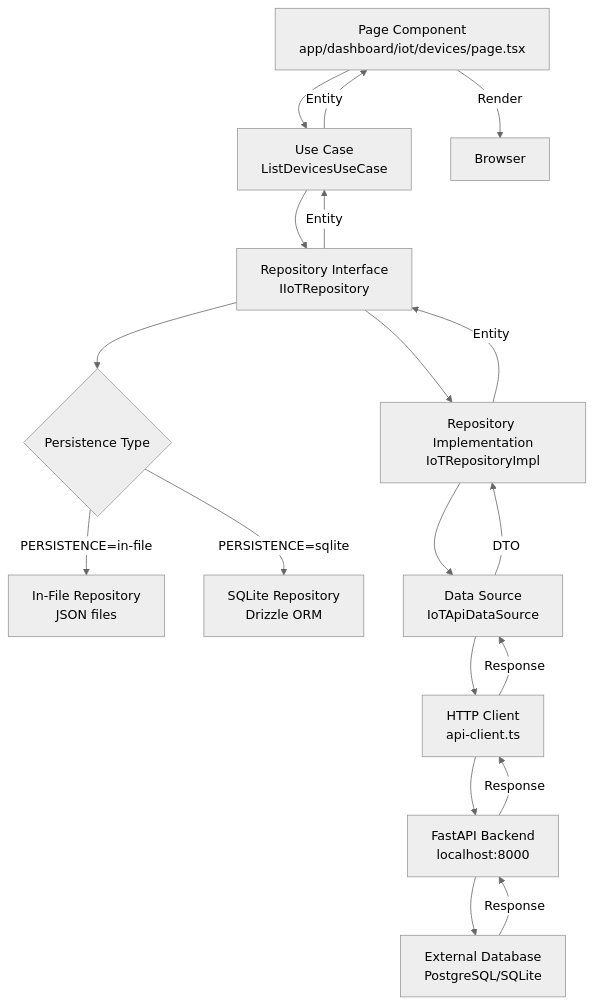
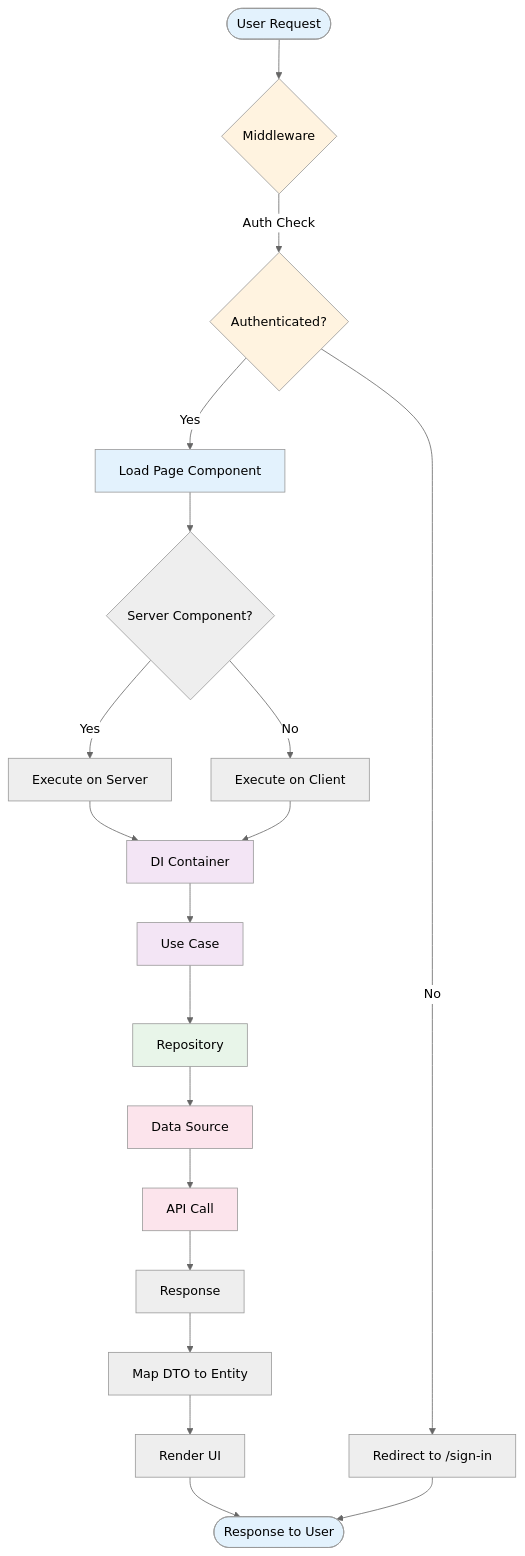
The fourth of 4 diagrams in docs/architecture-react-nextjs-ddd.md (kongnakornna/react-nextjs-ddd), drawn with Mermaid (neutral theme) before and after one commit. The commit also changed other lines of this file and 2 other files, not shown here.

````diff
--- a/docs/architecture-react-nextjs-ddd.md
+++ b/docs/architecture-react-nextjs-ddd.md
@@ -468,21 +325,32 @@
 ```mermaid
 flowchart TD
-    A[Page Component<br/>app/dashboard/iot/devices/page.tsx] --> B[Use Case<br/>ListDevicesUseCase]
-    B --> C[Repository Interface<br/>IIoTRepository]
-    C --> D{Persistence Type}
-    D -->|PERSISTENCE=in-file| E[In-File Repository<br/>JSON files]
-    D -->|PERSISTENCE=sqlite| F[SQLite Repository<br/>Drizzle ORM]
-    C --> G[Repository Implementation<br/>IoTRepositoryImpl]
-    G --> H[Data Source<br/>IoTApiDataSource]
-    H --> I[HTTP Client<br/>api-client.ts]
-    I --> J[FastAPI Backend<br/>localhost:8000]
-    J --> K[External Database<br/>PostgreSQL/SQLite]
-    K -->|Response| J
-    J -->|Response| I
-    I -->|Response| H
-    H -->|DTO| G
-    G -->|Entity| C
-    C -->|Entity| B
-    B -->|Entity| A
-    A -->|Render| L[Browser]
+    Start([User Request]) --> Middleware{Middleware}
+    Middleware -->|Auth Check| AuthOK{Authenticated?}
+    AuthOK -->|No| Redirect[Redirect to /sign-in]
+    AuthOK -->|Yes| Page[Load Page Component]
+    Page --> ServerComponent{Server Component?}
+    ServerComponent -->|Yes| ExecuteServer[Execute on Server]
+    ServerComponent -->|No| ExecuteClient[Execute on Client]
+    ExecuteServer --> Container[DI Container]
+    ExecuteClient --> Container
+    Container --> UseCase[Use Case]
+    UseCase --> Repository[Repository]
+    Repository --> DataSource[Data Source]
+    DataSource --> API[API Call]
+    API --> Response[Response]
+    Response --> MapDTO[Map DTO to Entity]
+    MapDTO --> Render[Render UI]
+    Render --> End([Response to User])
+    Redirect --> End
+
+    style Start fill:#e3f2fd
+    style Middleware fill:#fff3e0
+    style AuthOK fill:#fff3e0
+    style Page fill:#e3f2fd
+    style Container fill:#f3e5f5
+    style UseCase fill:#f3e5f5
+    style Repository fill:#e8f5e9
+    style DataSource fill:#fce4ec
+    style API fill:#fce4ec
+    style End fill:#e3f2fd
 ```
````
